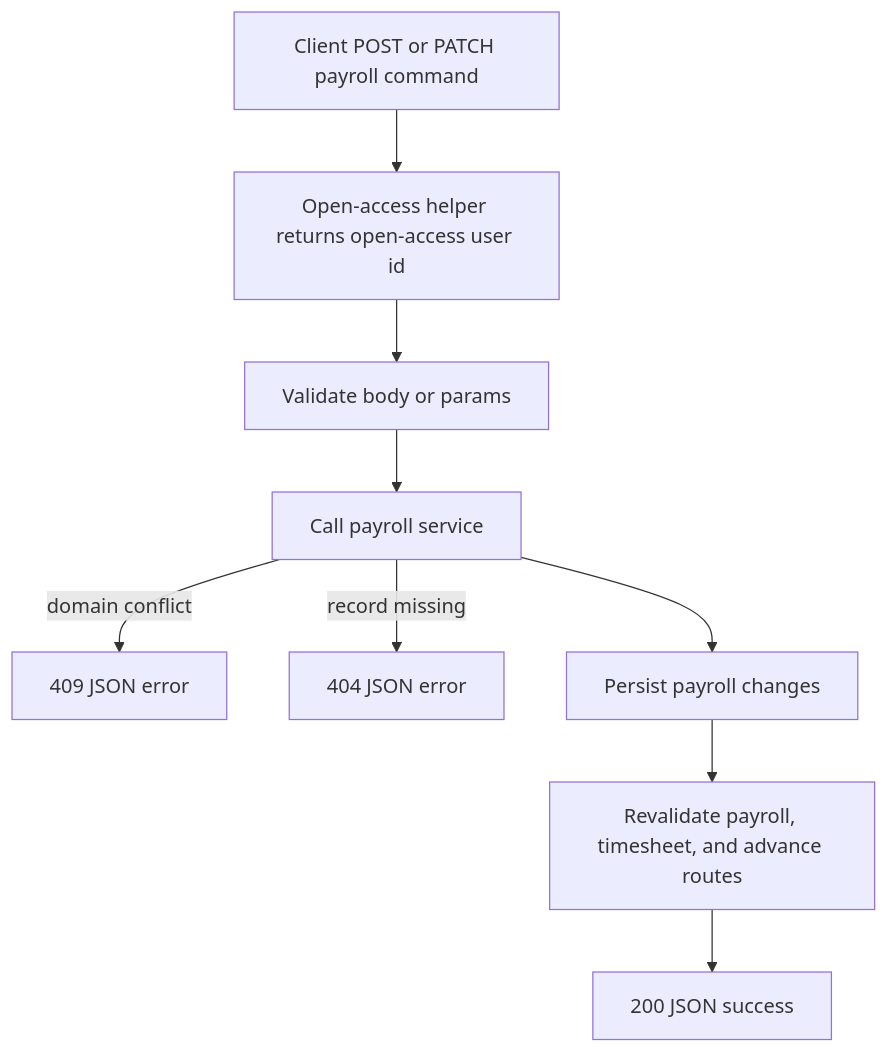
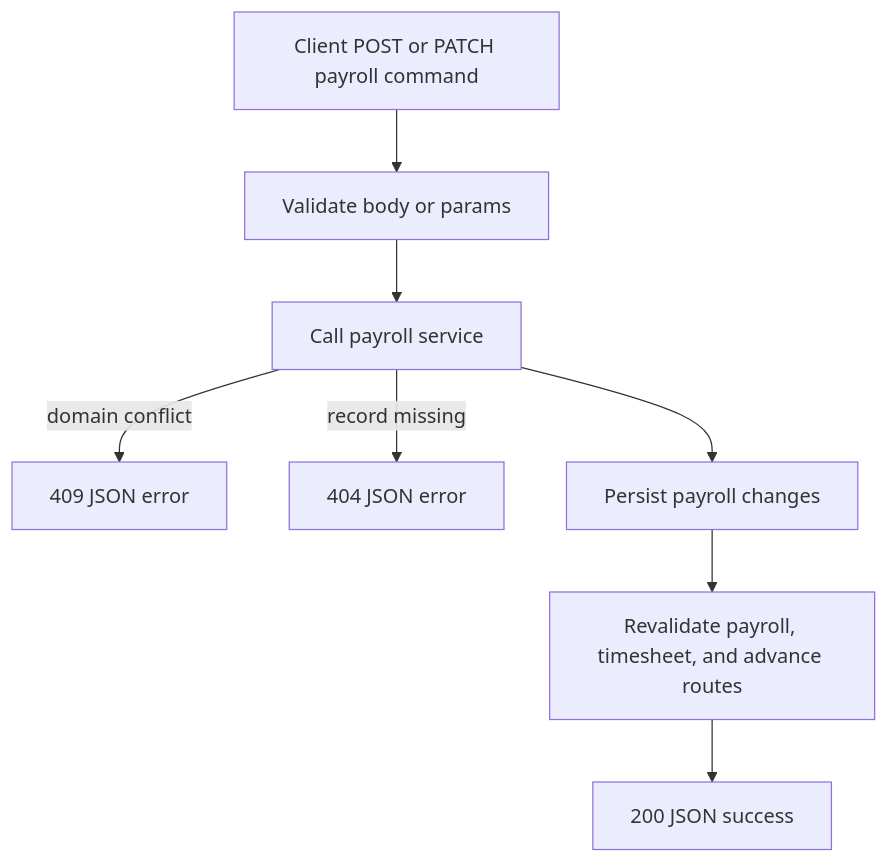
One commit to daniellim922/One-Laundry-Project-Alpha-v1 changed the third of 5 diagrams in .codex/docs/api-workflows.md. Above: the diagram before and after it, drawn with Mermaid. The commit also changed other lines of this file and 4 other files, not shown here.

````diff
--- a/.codex/docs/api-workflows.md
+++ b/.codex/docs/api-workflows.md
@@ -58,11 +55,10 @@
 ```mermaid
 flowchart TD
-    A[Client POST or PATCH payroll command] --> B[Open-access helper returns open-access user id]
-    B --> C[Validate body or params]
+    A[Client POST or PATCH payroll command] --> C[Validate body or params]
     C --> D[Call payroll service]
     D -->|domain conflict| E[409 JSON error]
     D -->|record missing| F[404 JSON error]
     D --> G[Persist payroll changes]
     G --> H[Revalidate payroll, timesheet, and advance routes]
     H --> I[200 JSON success]
 ```
````
